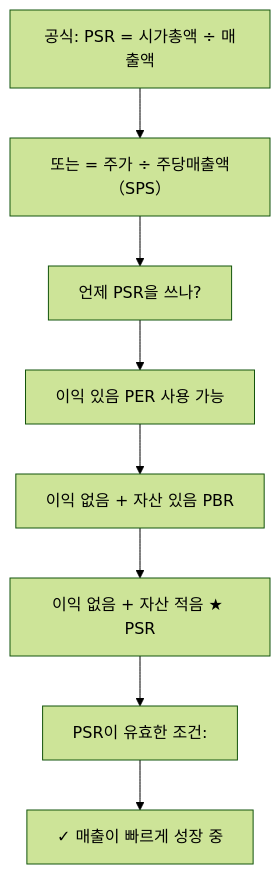
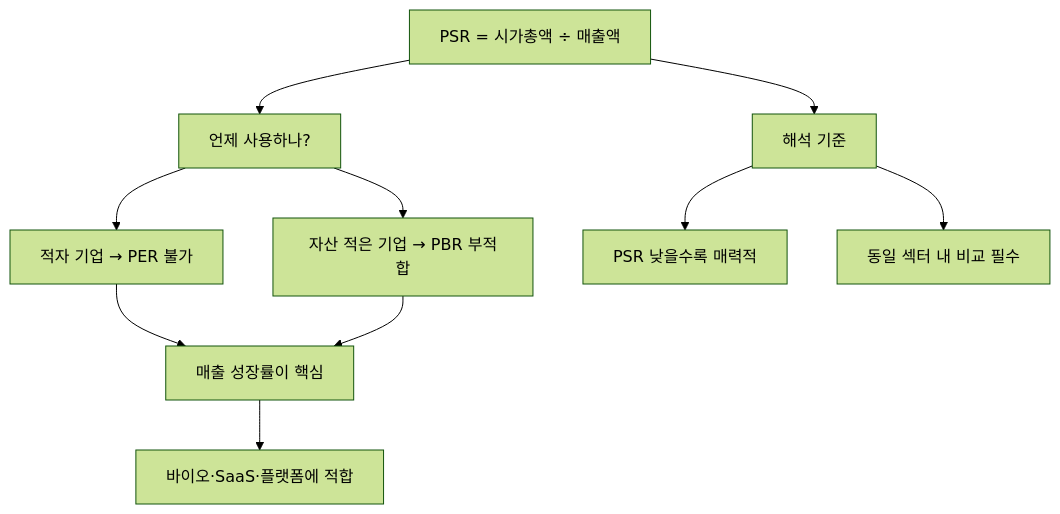
Before and after one commit to yeongseon/stock-visual-note: the diagram in content/stock-terms/ko/level-05-valuation/psr.md, drawn with Mermaid (forest theme). The commit also changed other lines of this file and 96 other files, not shown here.

Commit message:
Rewrite all 98 remaining articles: branching Mermaid diagrams, natural search_intent, compelling seo_titles, clean descriptions

````diff
--- a/content/stock-terms/ko/level-05-valuation/psr.md
+++ b/content/stock-terms/ko/level-05-valuation/psr.md
@@ -39,18 +39,13 @@
 ```mermaid
 graph TD
-    N0["공식: PSR = 시가총액 ÷ 매출액"]
-    N1["또는 = 주가 ÷ 주당매출액（SPS）"]
-    N2["언제 PSR을 쓰나?"]
-    N3["이익 있음 PER 사용 가능"]
-    N4["이익 없음 + 자산 있음 PBR"]
-    N5["이익 없음 + 자산 적음 ★ PSR"]
-    N6["PSR이 유효한 조건:"]
-    N7["✓ 매출이 빠르게 성장 중"]
-    N0 --> N1
-    N1 --> N2
-    N2 --> N3
-    N3 --> N4
-    N4 --> N5
-    N5 --> N6
-    N6 --> N7
+    A["PSR = 시가총액 ÷ 매출액"]
+    A --> B["언제 사용하나?"]
+    A --> C["해석 기준"]
+    B --> B1["적자 기업 → PER 불가"]
+    B --> B2["자산 적은 기업 → PBR 부적합"]
+    B1 --> D["매출 성장률이 핵심"]
+    B2 --> D
+    C --> C1["PSR 낮을수록 매력적"]
+    C --> C2["동일 섹터 내 비교 필수"]
+    D --> E["바이오·SaaS·플랫폼에 적합"]
 ```
````
